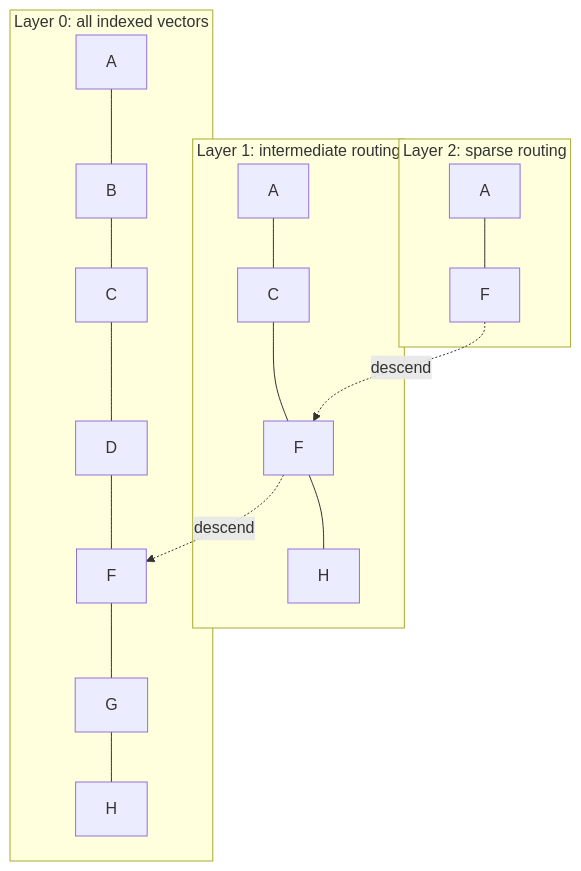
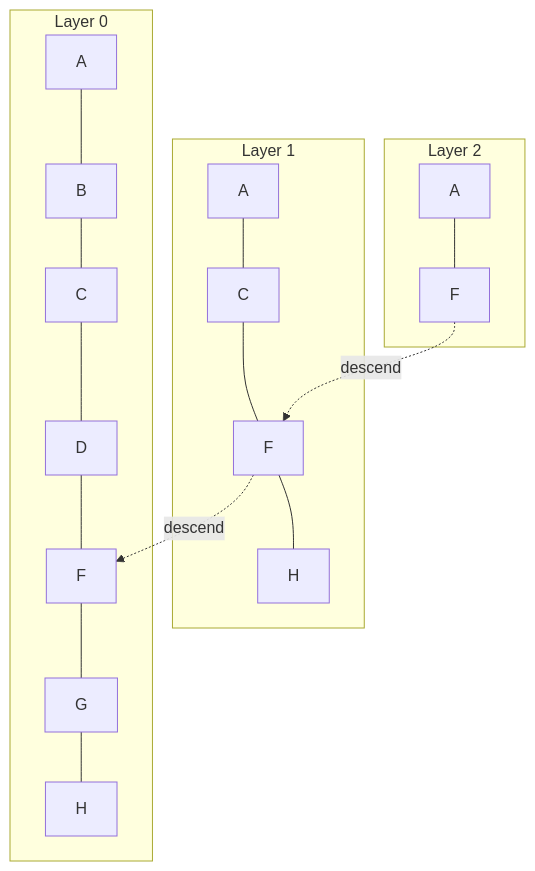
Before and after one commit to prkprime/ai: the second of 5 diagrams in docs/branch-06-rag-agents/notes.md, drawn with Mermaid. The commit also changed other lines of this file and 8 other files, not shown here.

````diff
--- a/docs/branch-06-rag-agents/notes.md
+++ b/docs/branch-06-rag-agents/notes.md
@@ -278,21 +278,21 @@
 ```mermaid
 flowchart TB
-    subgraph L2["Layer 2: sparse routing"]
+    subgraph L2["Layer 2"]
         A2["A"] --- F2["F"]
     end
-    subgraph L1["Layer 1: intermediate routing"]
+    subgraph L1["Layer 1"]
         A1["A"] --- C1["C"]
         C1 --- F1["F"]
         F1 --- H1["H"]
     end
-    subgraph L0["Layer 0: all indexed vectors"]
+    subgraph L0["Layer 0"]
         A0["A"] --- B0["B"]
         B0 --- C0["C"]
         C0 --- D0["D"]
         D0 --- F0["F"]
         F0 --- G0["G"]
         G0 --- H0["H"]
     end
     F2 -. "descend" .-> F1
     F1 -. "descend" .-> F0
 ```
````
